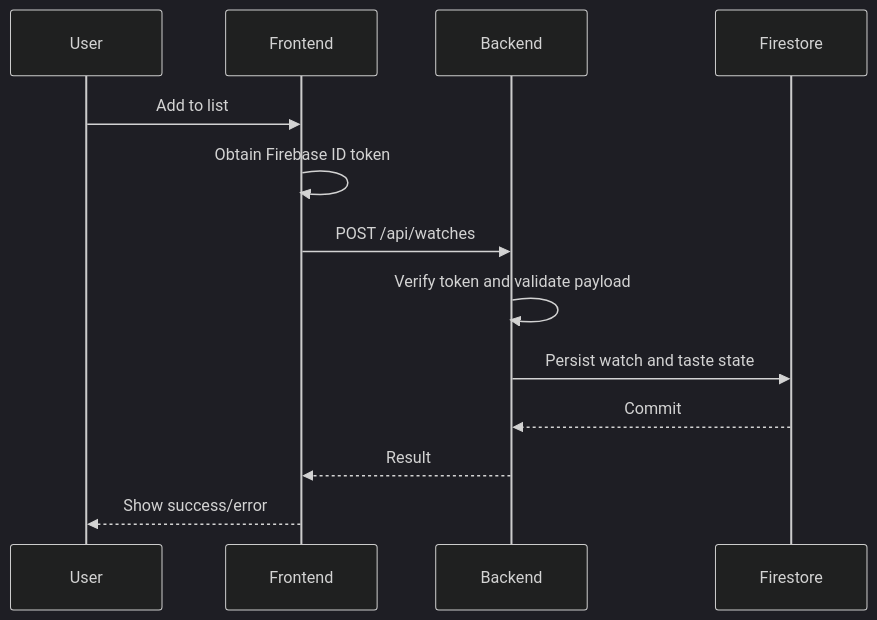
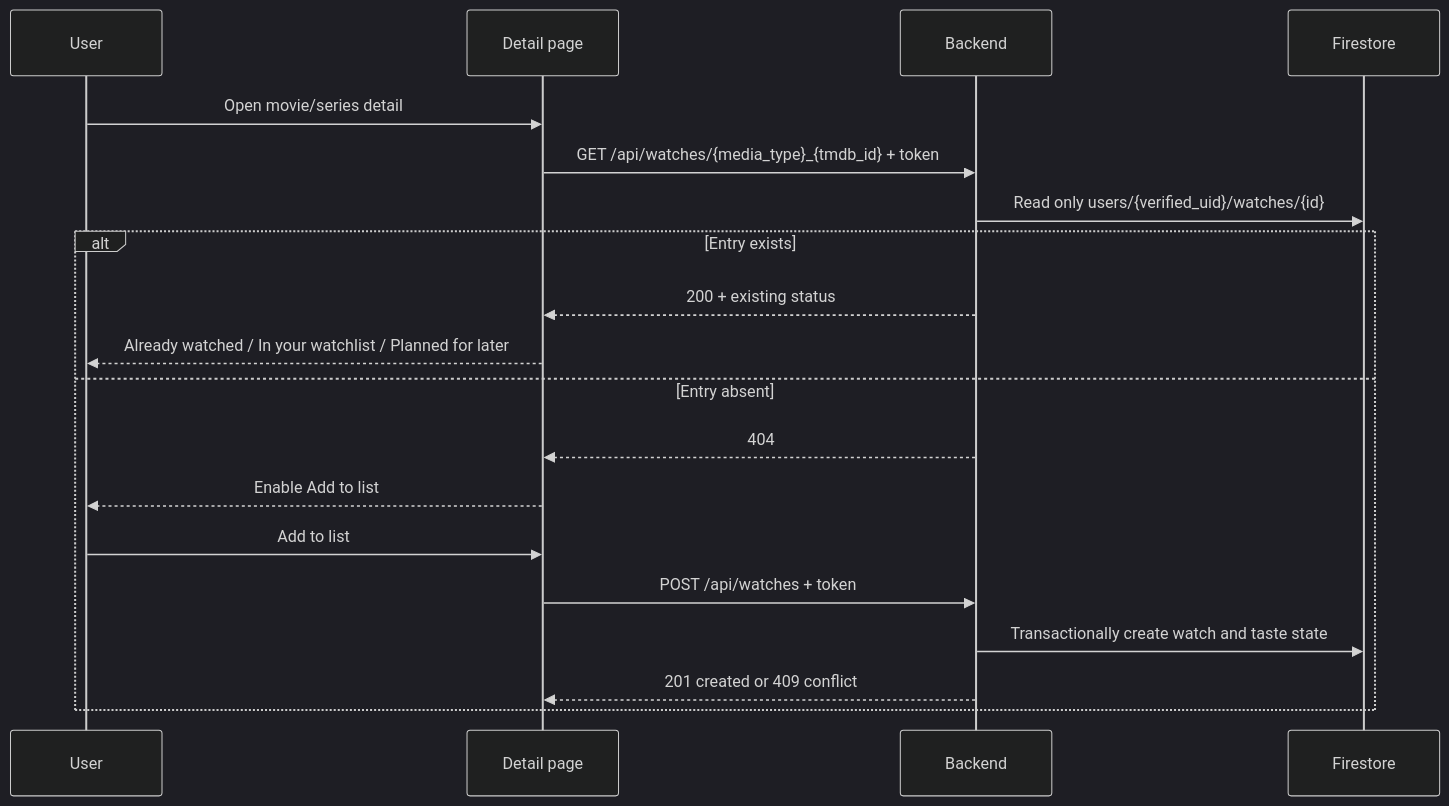
Before and after one commit to Shreyas-patil07/Dex: the third of 4 diagrams in docs/04_App_Flow.md, drawn with Mermaid (dark theme). The commit also changed other lines of this file and 17 other files, not shown here.

````diff
--- a/docs/04_App_Flow.md
+++ b/docs/04_App_Flow.md
@@ -50,15 +51,21 @@
 ```mermaid
 sequenceDiagram
     participant U as User
-    participant UI as Frontend
+    participant UI as Detail page
     participant API as Backend
     participant DB as Firestore
-    U->>UI: Add to list
-    UI->>UI: Obtain Firebase ID token
-    UI->>API: POST /api/watches
-    API->>API: Verify token and validate payload
-    API->>DB: Persist watch and taste state
-    DB-->>API: Commit
-    API-->>UI: Result
-    UI-->>U: Show success/error
+    U->>UI: Open movie/series detail
+    UI->>API: GET /api/watches/{media_type}_{tmdb_id} + token
+    API->>DB: Read only users/{verified_uid}/watches/{id}
+    alt Entry exists
+      API-->>UI: 200 + existing status
+      UI-->>U: Already watched / In your watchlist / Planned for later
+    else Entry absent
+      API-->>UI: 404
+      UI-->>U: Enable Add to list
+      U->>UI: Add to list
+      UI->>API: POST /api/watches + token
+      API->>DB: Transactionally create watch and taste state
+      API-->>UI: 201 created or 409 conflict
+    end
 ```
````
